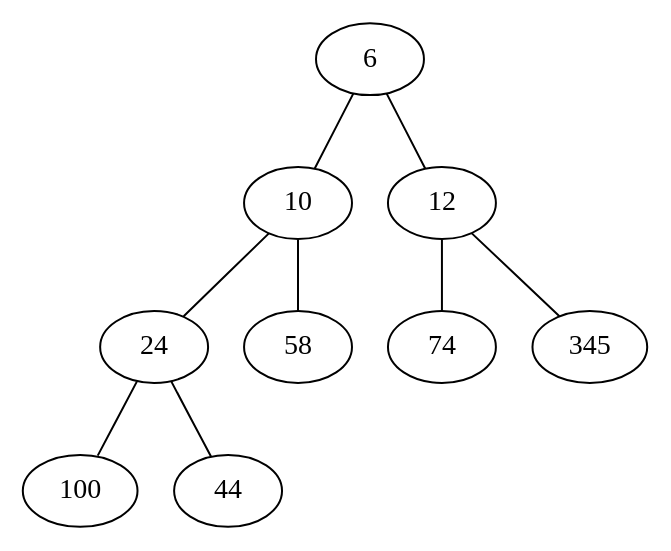
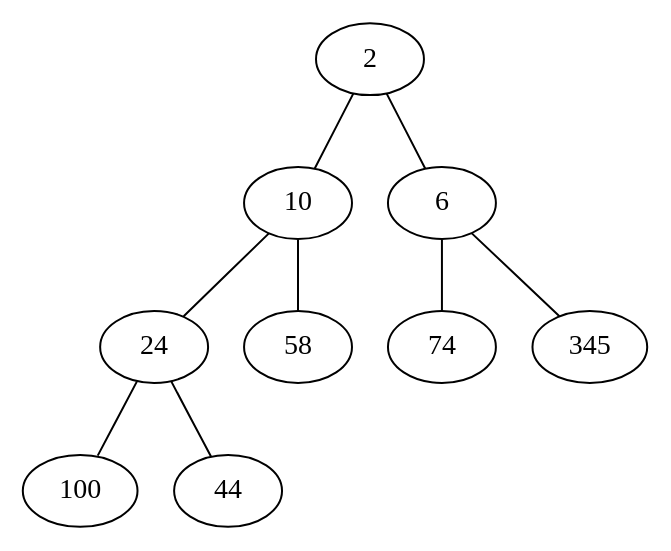
Before and after one commit to corentinckf/projetZ1: the diagram in tas_binaire/mathieu/graph_tas.dot, drawn with Graphviz. The commit also changed 9 other files, not shown here.

```diff
--- a/tas_binaire/mathieu/graph_tas.dot
+++ b/tas_binaire/mathieu/graph_tas.dot
@@ -1,10 +1,10 @@
 graph { 
-	6--10
-	6--12
+	2--10
+	2--6
 	10--24
 	10--58
-	12--74
-	12--345
+	6--74
+	6--345
 	24--100
 	24--44
 } 
```
